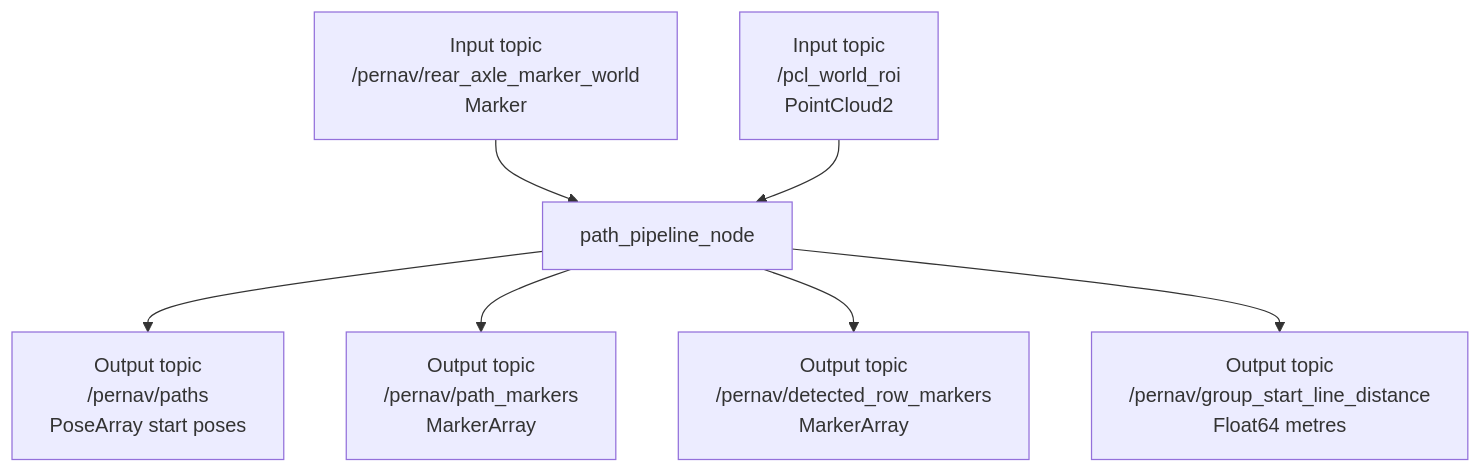
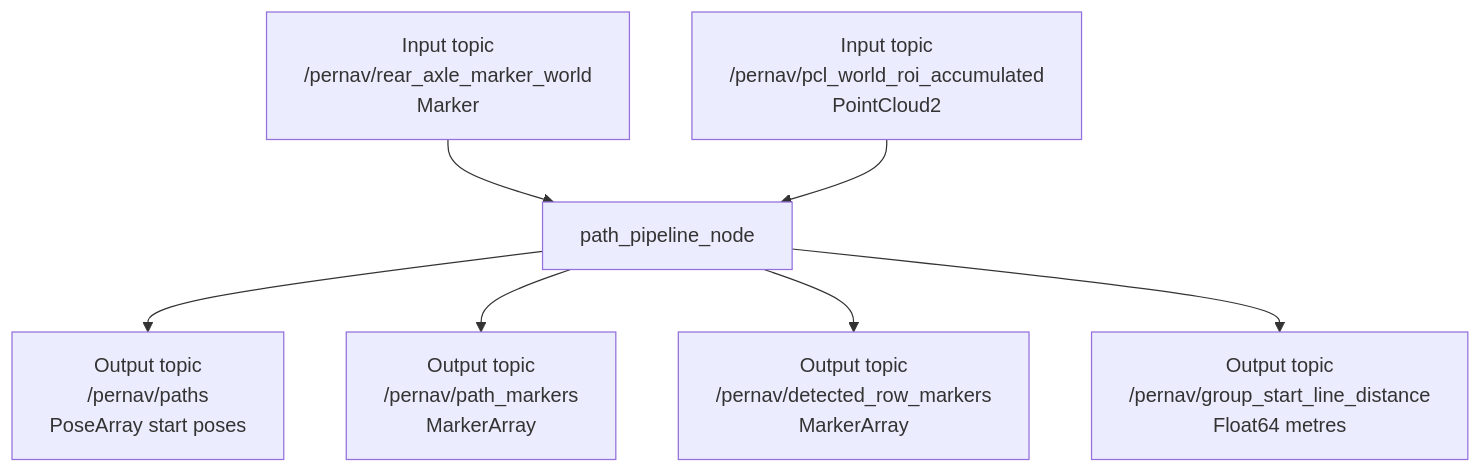
One commit to burakFM/pernav_path_detection changed the second of 3 diagrams in pernav_path_node/README.md. Above: the diagram before and after it, drawn with Mermaid. The commit also changed other lines of this file and 9 other files, not shown here.

Commit message:
Add accumulated ROI row detection

````diff
--- a/pernav_path_node/README.md
+++ b/pernav_path_node/README.md
@@ -84,15 +97,15 @@
 ```mermaid
 flowchart TB
-    IN[Input topic\n/pcl_world_roi\nPointCloud2]
+    IN[Input topic\n/pernav/pcl_world_roi_accumulated\nPointCloud2]
     NODE[path_pipeline_node]
     OUT1[Output topic\n/pernav/paths\nPoseArray start poses]
     OUT2[Output topic\n/pernav/path_markers\nMarkerArray]
     OUT4[Output topic\n/pernav/detected_row_markers\nMarkerArray]
     OUT3[Output topic\n/pernav/group_start_line_distance\nFloat64 metres]
     REF[Input topic\n/pernav/rear_axle_marker_world\nMarker]
     REF --> NODE
     IN --> NODE --> OUT1
     NODE --> OUT2
     NODE --> OUT4
     NODE --> OUT3
 ```
````
